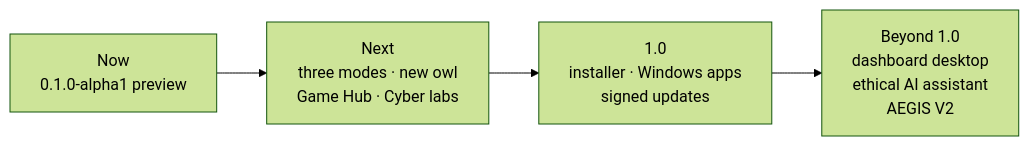
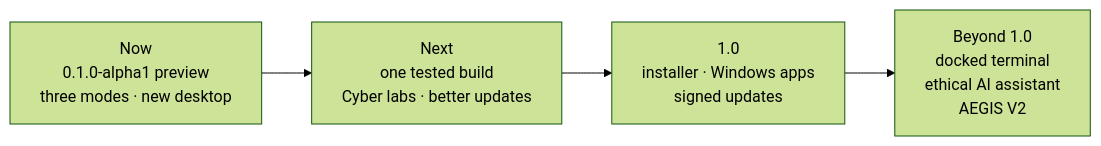
Before and after one commit to hammakordani/AEGIS-README: the diagram in README.md, drawn with Mermaid (forest theme). The commit also changed other lines of this file and 16 other files, not shown here.

Commit message:
Update README: new AEGIS desktop and live cards, Game Hub, how it is tested, new screenshots

````diff
--- a/README.md
+++ b/README.md
@@ -149,6 +206,6 @@
 ```mermaid
 flowchart LR
-    A["Now<br/>0.1.0-alpha1 preview"] --> B["Next<br/>three modes · new owl<br/>Game Hub · Cyber labs"]
+    A["Now<br/>0.1.0-alpha1 preview<br/>three modes · new desktop"] --> B["Next<br/>one tested build<br/>Cyber labs · better updates"]
     B --> C["1.0<br/>installer · Windows apps<br/>signed updates"]
-    C --> D["Beyond 1.0<br/>dashboard desktop<br/>ethical AI assistant<br/>AEGIS V2"]
+    C --> D["Beyond 1.0<br/>docked terminal<br/>ethical AI assistant<br/>AEGIS V2"]
 ```
````
